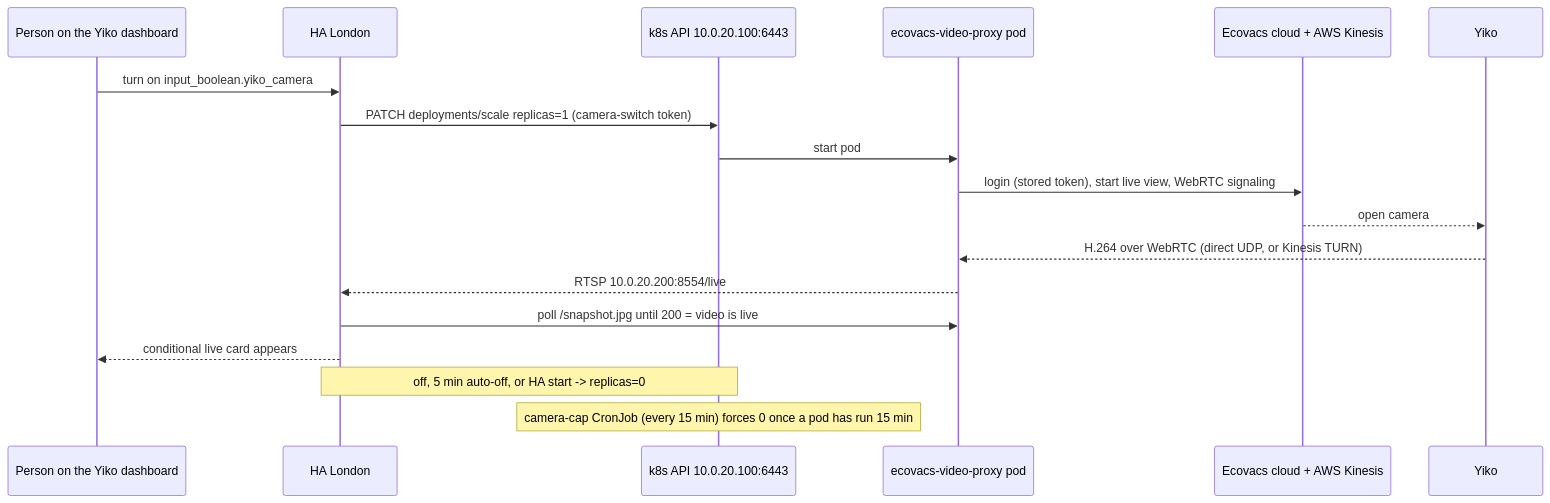
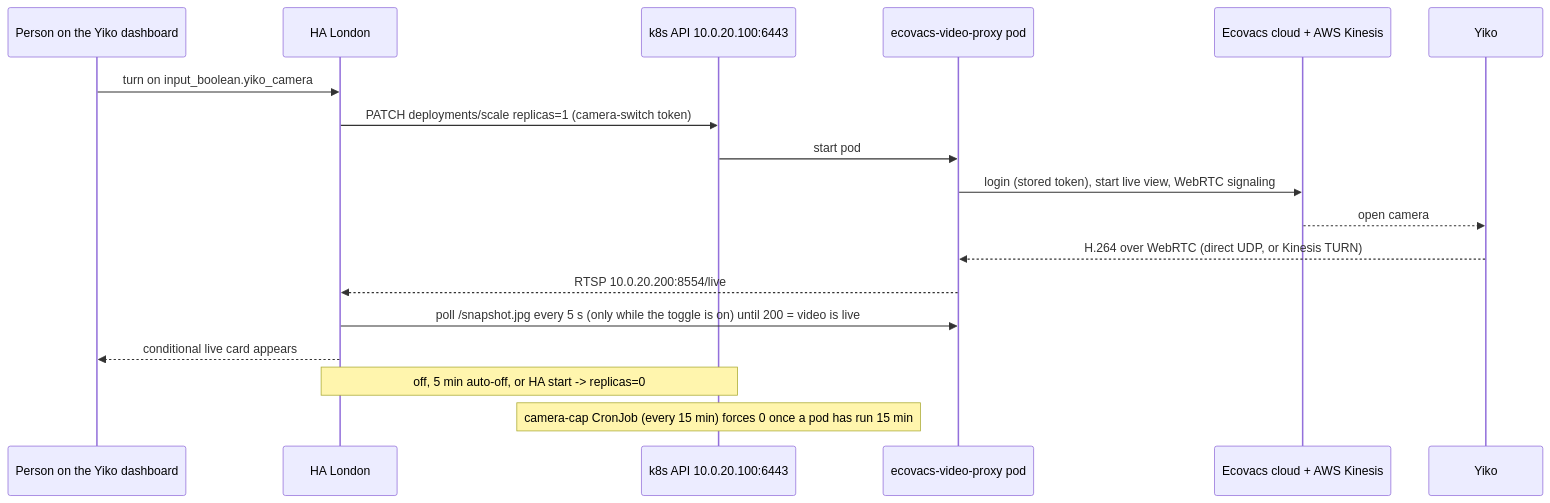
Before and after one commit to ViktorBarzin/infra: the diagram in docs/runbooks/london-yiko.md, drawn with Mermaid. The commit also changed other lines of this file, not shown here.

First line of the commit message:
london-yiko runbook: the ready sensor now polls only while the camera is on

````diff
--- a/docs/runbooks/london-yiko.md
+++ b/docs/runbooks/london-yiko.md
@@ -10,20 +10,20 @@
 ```mermaid
 sequenceDiagram
     participant U as Person on the Yiko dashboard
     participant HA as HA London
     participant K as k8s API 10.0.20.100:6443
     participant B as ecovacs-video-proxy pod
     participant E as Ecovacs cloud + AWS Kinesis
     participant R as Yiko
     U->>HA: turn on input_boolean.yiko_camera
     HA->>K: PATCH deployments/scale replicas=1 (camera-switch token)
     K->>B: start pod
     B->>E: login (stored token), start live view, WebRTC signaling
     E-->>R: open camera
     R-->>B: H.264 over WebRTC (direct UDP, or Kinesis TURN)
     B-->>HA: RTSP 10.0.20.200:8554/live
-    HA->>B: poll /snapshot.jpg until 200 = video is live
+    HA->>B: poll /snapshot.jpg every 5 s (only while the toggle is on) until 200 = video is live
     HA-->>U: conditional live card appears
     Note over HA,K: off, 5 min auto-off, or HA start -> replicas=0
     Note over K: camera-cap CronJob (every 15 min) forces 0 once a pod has run 15 min
 ```
````
